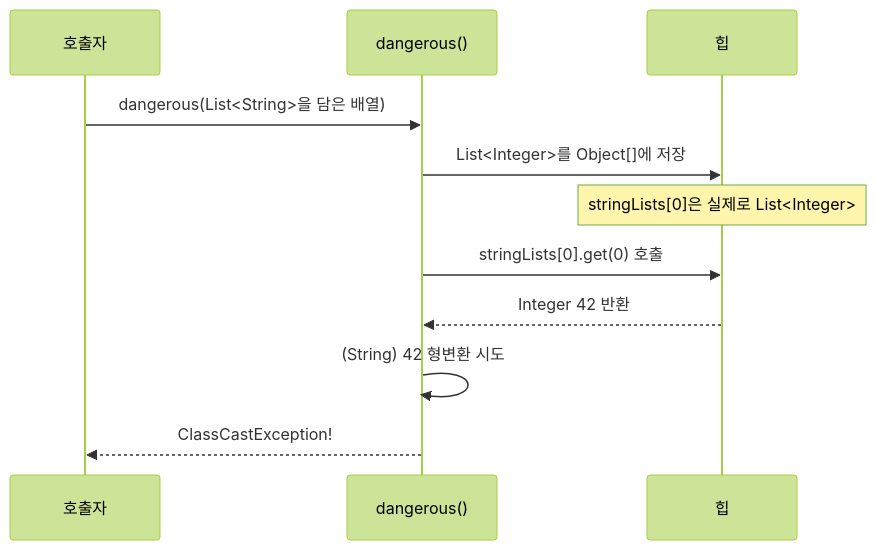
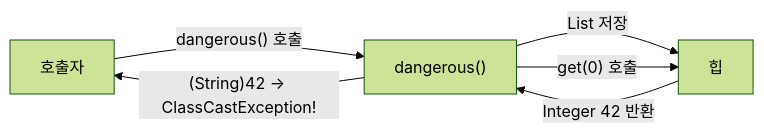
The first of 2 diagrams in _posts/java/2022-01-10-effective-java32.md (yjkim2015/yjkim2015.github.io), drawn with Mermaid (forest theme) before and after one commit. The commit also changed 9 other files, not shown here.

````diff
--- a/_posts/java/2022-01-10-effective-java32.md
+++ b/_posts/java/2022-01-10-effective-java32.md
@@ -44,13 +44,8 @@
 ```mermaid
-sequenceDiagram
-    participant Caller as 호출자
-    participant Method as dangerous()
-    participant Heap as 힙
-    Caller->>Method: dangerous(List<String>을 담은 배열)
-    Method->>Heap: List<Integer>를 Object[]에 저장
-    Note over Heap: stringLists[0]은 실제로 List<Integer>
-    Method->>Heap: stringLists[0].get(0) 호출
-    Heap-->>Method: Integer 42 반환
-    Method->>Method: (String) 42 형변환 시도
-    Method-->>Caller: ClassCastException!
+graph LR
+    C["호출자"] -->|"dangerous() 호출"| M["dangerous()"]
+    M -->|"List<Integer> 저장"| H["힙"]
+    M -->|"get(0) 호출"| H
+    H -->|"Integer 42 반환"| M
+    M -->|"(String)42 → ClassCastException!"| C
 ```
````
